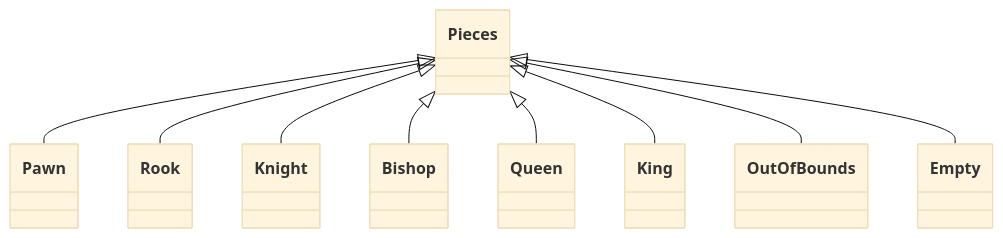
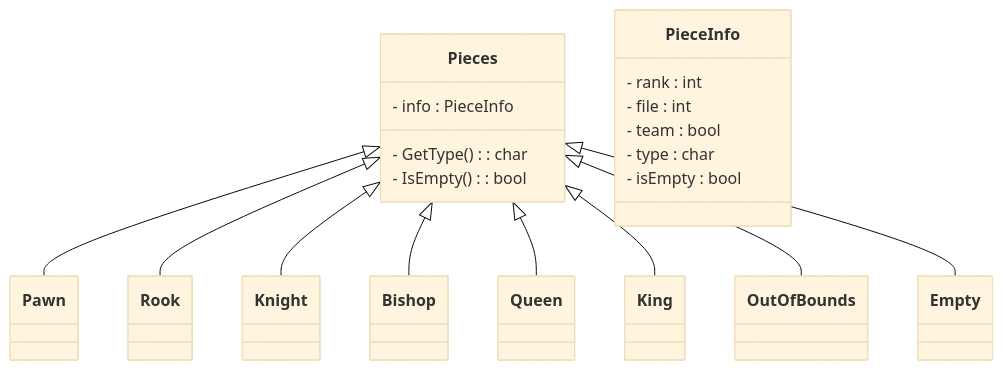
One commit to FixYourLag/chess-with-dislocations changed the diagram in README.md. Above: the diagram before and after it, drawn with Mermaid (base theme).

Commit message:
class diagram stuff

````diff
--- a/README.md
+++ b/README.md
@@ -10,18 +10,39 @@
 ```mermaid
    classDiagram
       Pieces <|-- Pawn
       Pieces <|-- Rook
       Pieces <|-- Knight
       Pieces <|-- Bishop
       Pieces <|-- Queen
       Pieces <|-- King
       Pieces <|-- OutOfBounds
       Pieces <|-- Empty
       class Pawn{
       }
       class Rook{
       }
       class Knight{
       }
-     
+      class Bishop{
+      }
+      class Queen{
+      }
+      class King{
+      }
+      class OutOfBounds{
+      }
+      class Empty{
+      }
+      class Pieces{
+         - info : PieceInfo
+         - GetType() : char
+         - IsEmpty() : bool
+      }
+      class PieceInfo{
+         - rank : int
+         - file : int
+         - team : bool
+         - type : char
+         - isEmpty : bool
+      }
 ```
````
